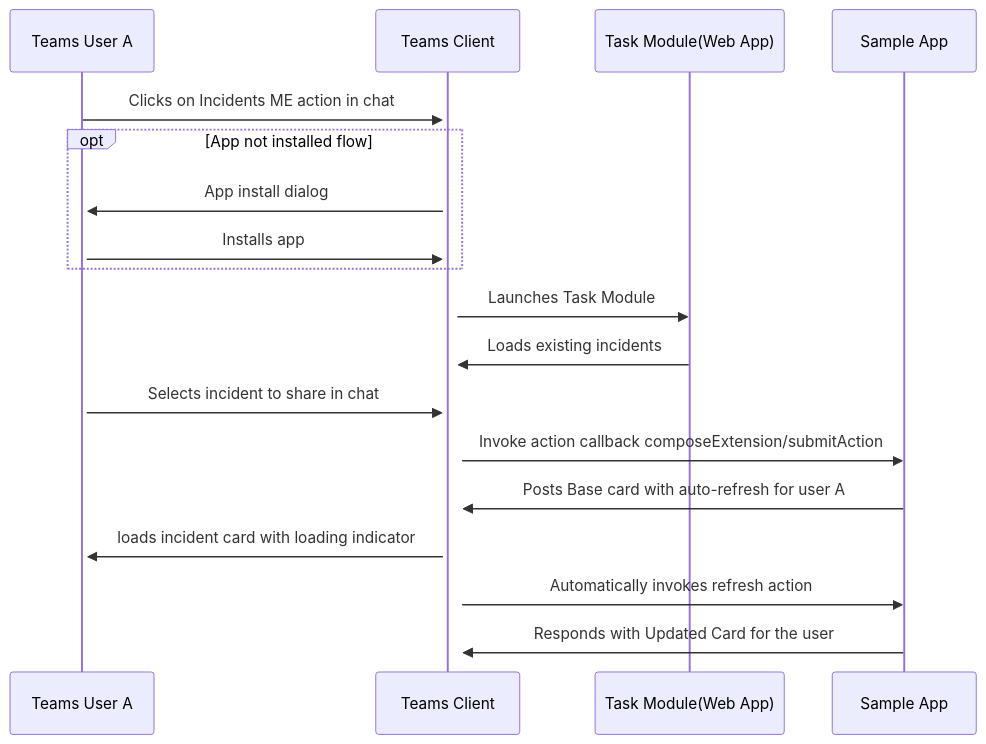
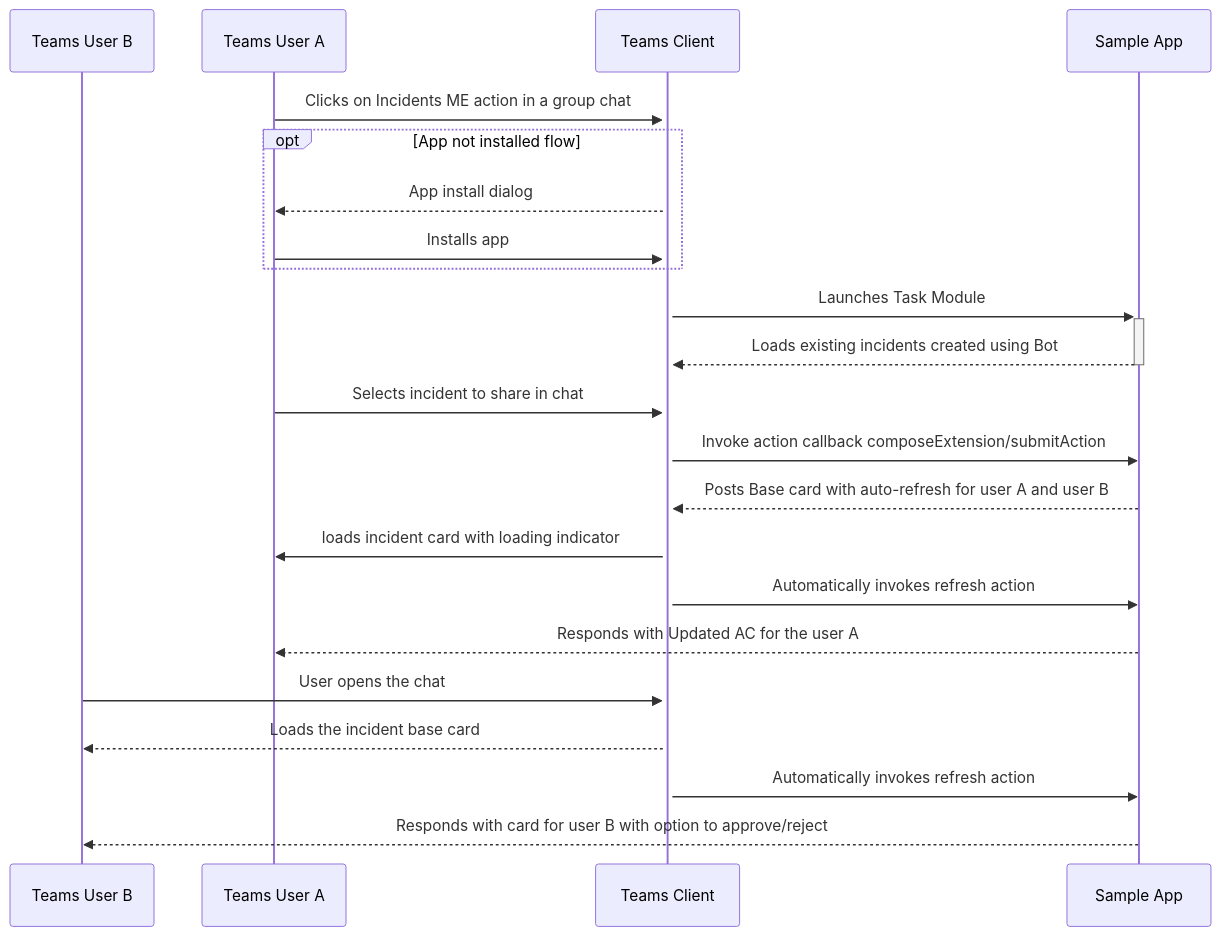
Before and after one commit to OfficeDev/Microsoft-Teams-Samples: the second of 2 diagrams in samples/bot-sequential-flow-adaptive-cards/csharp/README.md, drawn with Mermaid. The commit also changed other lines of this file, not shown here.

Commit message:
Updated the sequence diagram

````diff
--- a/samples/bot-sequential-flow-adaptive-cards/csharp/README.md
+++ b/samples/bot-sequential-flow-adaptive-cards/csharp/README.md
@@ -81,31 +101,23 @@
 ```mermaid
-
 sequenceDiagram
-
-    Teams User A->>+Teams Client: Clicks on Incidents ME action in chat
-
+    participant Teams User B    
+    participant Teams User A
+    participant Teams Client
+    Teams User A->>+Teams Client: Clicks on Incidents ME action in a group chat
     opt App not installed flow
-
-        Teams Client->>+Teams User A: App install dialog
-
-        Teams User A->>+Teams Client: Installs app
-
-    end  
-
-    Teams Client->>Task Module(Web App): Launches Task Module
-
-    Task Module(Web App)->>+Teams Client: Loads existing incidents
-
+        Teams Client-->>Teams User A: App install dialog
+        Teams User A->>Teams Client: Installs app
+    end   
+    Teams Client->>+Sample App: Launches Task Module
+    Sample App-->>-Teams Client: Loads existing incidents created using Bot
     Teams User A->>Teams Client: Selects incident to share in chat
-
     Teams Client->>Sample App: Invoke action callback composeExtension/submitAction
-
-    Sample App->>Teams Client: Posts Base card with auto-refresh for user A
-
-    Teams Client->>Teams User A: loads incident card with loading indicator
-
+    Sample App-->>Teams Client: Posts Base card with auto-refresh for user A and user B
+    Teams Client->>Teams User A: loads incident card with loading indicator 
     Teams Client->>Sample App: Automatically invokes refresh action
-
-    Sample App->>Teams Client: Responds with Updated Card for the user
-
+    Sample App-->>Teams User A: Responds with Updated AC for the user A
+    Teams User B->>Teams Client: User opens the chat
+    Teams Client-->>Teams User B: Loads the incident base card
+    Teams Client->>Sample App: Automatically invokes refresh action
+    Sample App-->>Teams User B: Responds with card for user B with option to approve/reject
 ```
````
